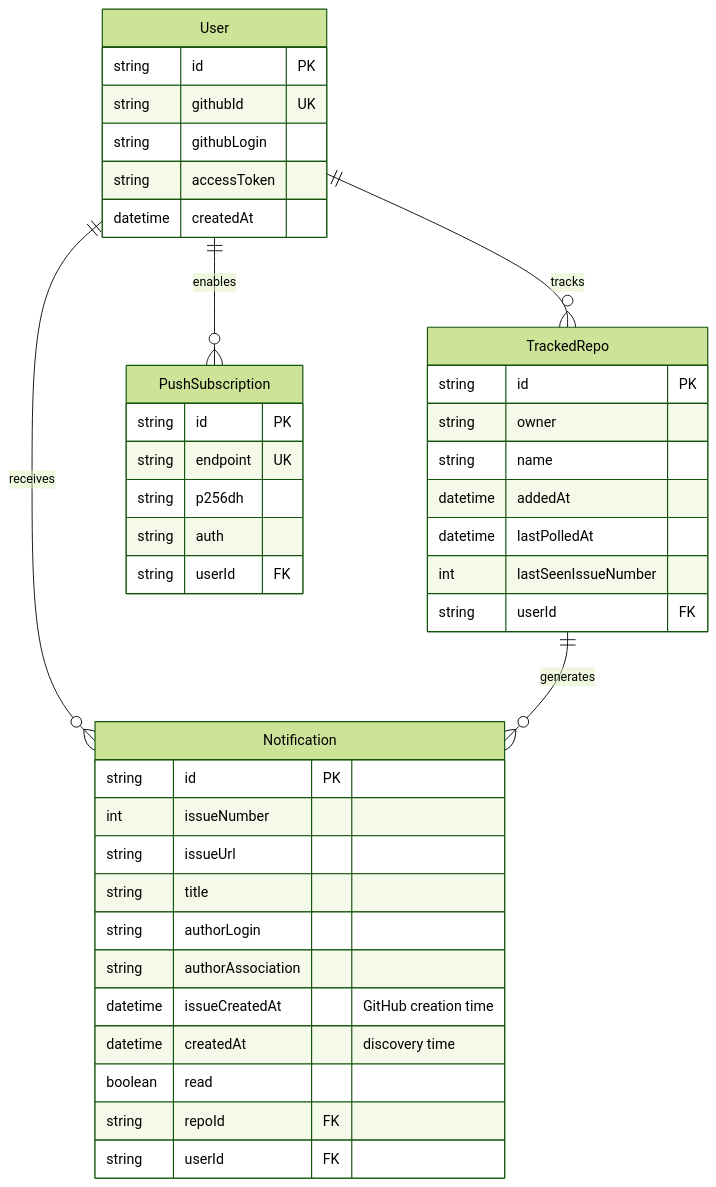
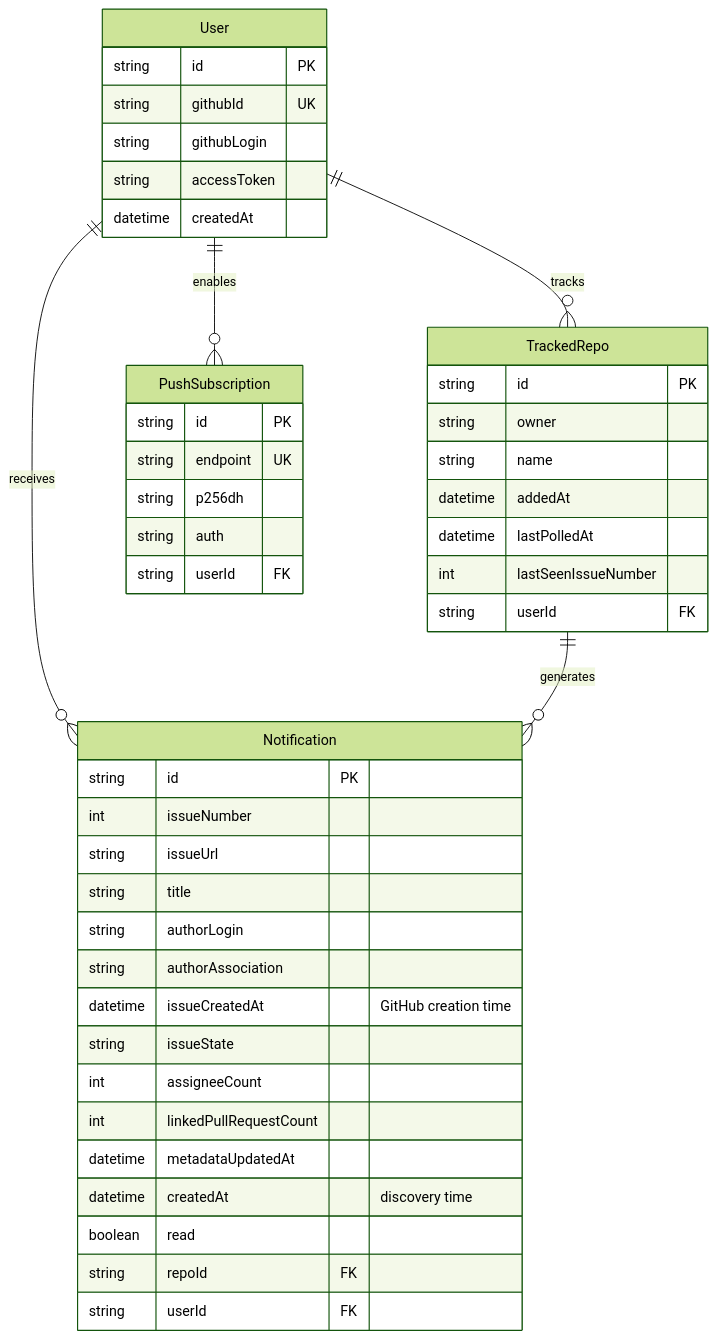
The third of 8 diagrams in docs/architecture.md (AgrimTawani/oss-manager), drawn with Mermaid (forest theme) before and after one commit. The commit also changed other lines of this file and 17 other files, not shown here.

````diff
--- a/docs/architecture.md
+++ b/docs/architecture.md
@@ -103,47 +103,51 @@
 ```mermaid
 erDiagram
   User ||--o{ TrackedRepo : tracks
   User ||--o{ Notification : receives
   User ||--o{ PushSubscription : enables
   TrackedRepo ||--o{ Notification : generates
 
   User {
     string id PK
     string githubId UK
     string githubLogin
     string accessToken
     datetime createdAt
   }
 
   TrackedRepo {
     string id PK
     string owner
     string name
     datetime addedAt
     datetime lastPolledAt
     int lastSeenIssueNumber
     string userId FK
   }
 
   Notification {
     string id PK
     int issueNumber
     string issueUrl
     string title
     string authorLogin
     string authorAssociation
     datetime issueCreatedAt "GitHub creation time"
+    string issueState
+    int assigneeCount
+    int linkedPullRequestCount
+    datetime metadataUpdatedAt
     datetime createdAt "discovery time"
     boolean read
     string repoId FK
     string userId FK
   }
 
   PushSubscription {
     string id PK
     string endpoint UK
     string p256dh
     string auth
     string userId FK
   }
 ```
````
